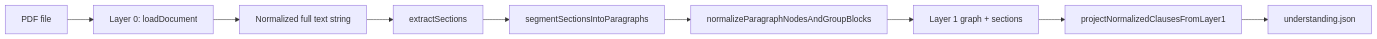
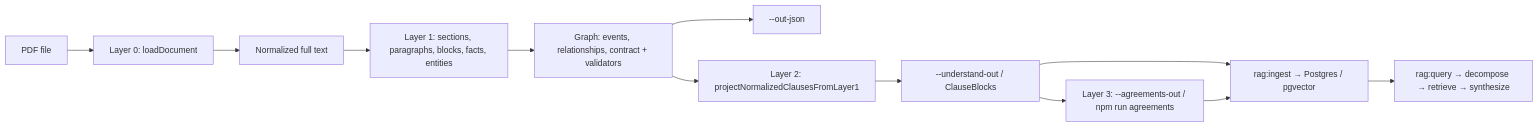
The diagram in README.md (abhinavs-27/irving-test), drawn with Mermaid before and after one commit. The commit also changed other lines of this file and 31 other files, not shown here.

Commit message:
rag layer

````diff
--- a/README.md
+++ b/README.md
@@ -74,11 +156,14 @@
 ```mermaid
 flowchart LR
   PDF[PDF file] --> L0[Layer 0: loadDocument]
-  L0 --> T[Normalized full text string]
-  T --> SEC[extractSections]
-  SEC --> PARA[segmentSectionsIntoParagraphs]
-  PARA --> ENRICH[normalizeParagraphNodesAndGroupBlocks]
-  ENRICH --> L1G[Layer 1 graph + sections]
-  L1G --> L2[projectNormalizedClausesFromLayer1]
-  L2 --> JSON[understanding.json]
+  L0 --> T[Normalized full text]
+  T --> L1A[Layer 1: sections, paragraphs, blocks, facts, entities]
+  L1A --> L1B[Graph: events, relationships, contract + validators]
+  L1B --> L1J[--out-json]
+  L1B --> L2[Layer 2: projectNormalizedClausesFromLayer1]
+  L2 --> L2J[--understand-out / ClauseBlocks]
+  L2J --> L3[Layer 3: --agreements-out / npm run agreements]
+  L2J --> RAG[rag:ingest → Postgres / pgvector]
+  L3 --> RAG
+  RAG --> Q[rag:query → decompose → retrieve → synthesize]
 ```
````
